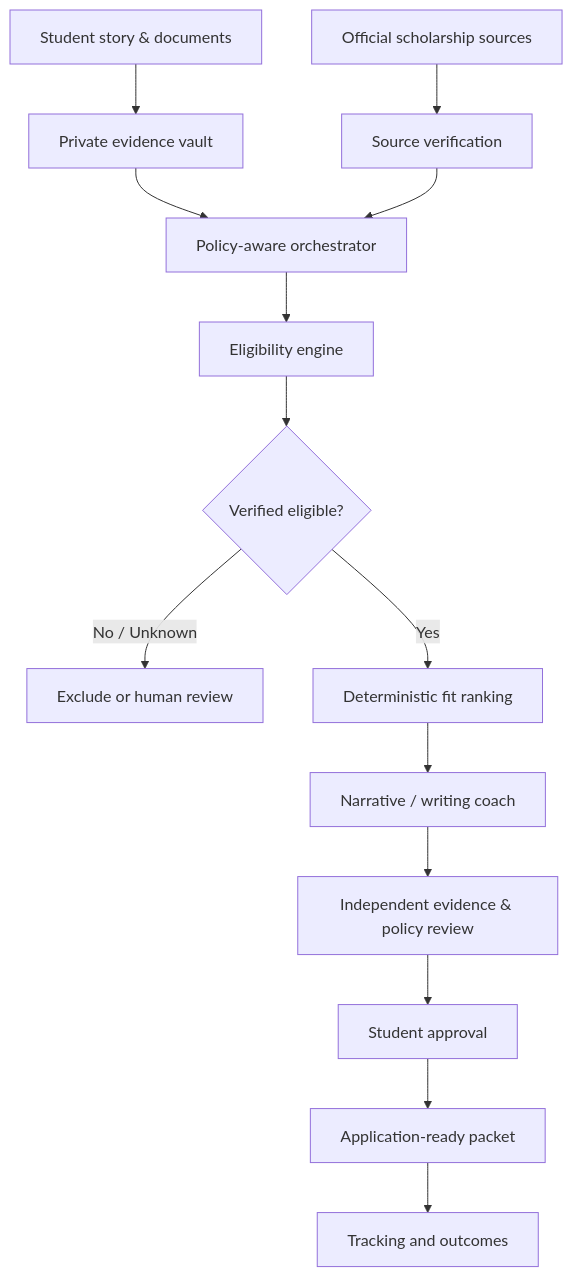
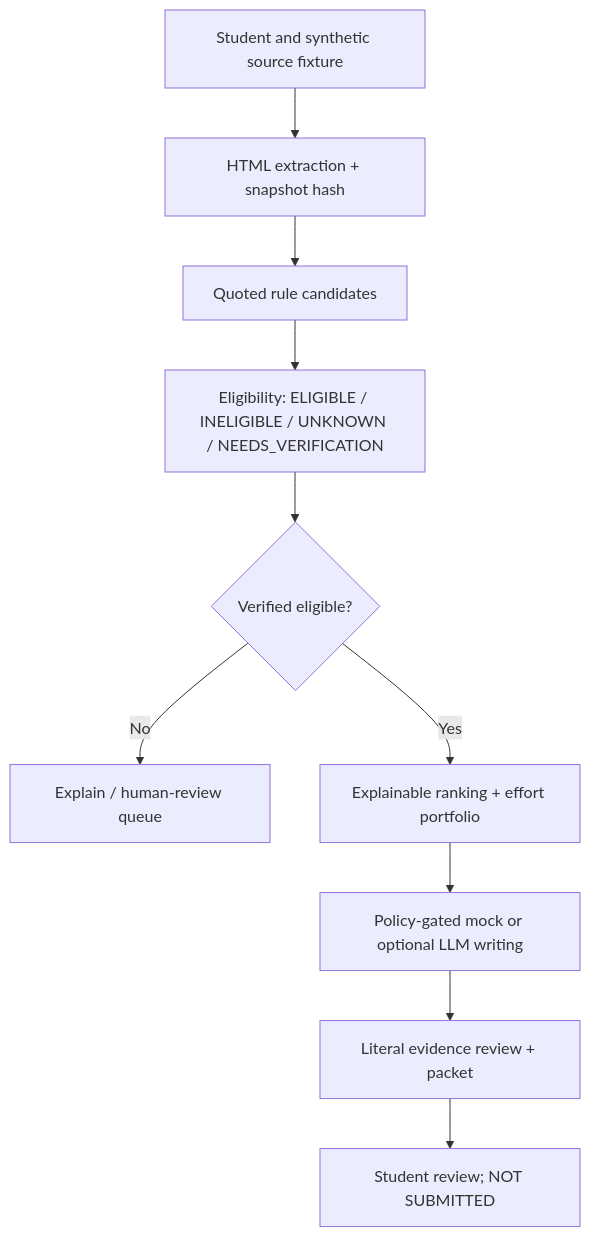
The diagram in README.md (nguyenbui1105/scholaros), drawn with Mermaid before and after one commit. The commit also changed other lines of this file and 7 other files, not shown here.

Commit message:
docs(release): honest v0.2 offline beta README, security and architecture

````diff
--- a/README.md
+++ b/README.md
@@ -39,16 +94,12 @@
 ```mermaid
 flowchart TD
-  A["Student story & documents"] --> B["Private evidence vault"]
-  C["Official scholarship sources"] --> D["Source verification"]
-  B --> E["Policy-aware orchestrator"]
-  D --> E
-  E --> F["Eligibility engine"]
-  F --> G{"Verified eligible?"}
-  G -- No / Unknown --> H["Exclude or human review"]
-  G -- Yes --> I["Deterministic fit ranking"]
-  I --> J["Narrative / writing coach"]
-  J --> K["Independent evidence & policy review"]
-  K --> L["Student approval"]
-  L --> M["Application-ready packet"]
-  M --> N["Tracking and outcomes"]
+    A["Student and synthetic source fixture"] --> B["HTML extraction + snapshot hash"]
+    B --> C["Quoted rule candidates"]
+    C --> D["Eligibility: ELIGIBLE / INELIGIBLE / UNKNOWN / NEEDS_VERIFICATION"]
+    D --> E{"Verified eligible?"}
+    E -- No --> F["Explain / human-review queue"]
+    E -- Yes --> G["Explainable ranking + effort portfolio"]
+    G --> H["Policy-gated mock or optional LLM writing"]
+    H --> I["Literal evidence review + packet"]
+    I --> J["Student review; NOT SUBMITTED"]
 ```
````
